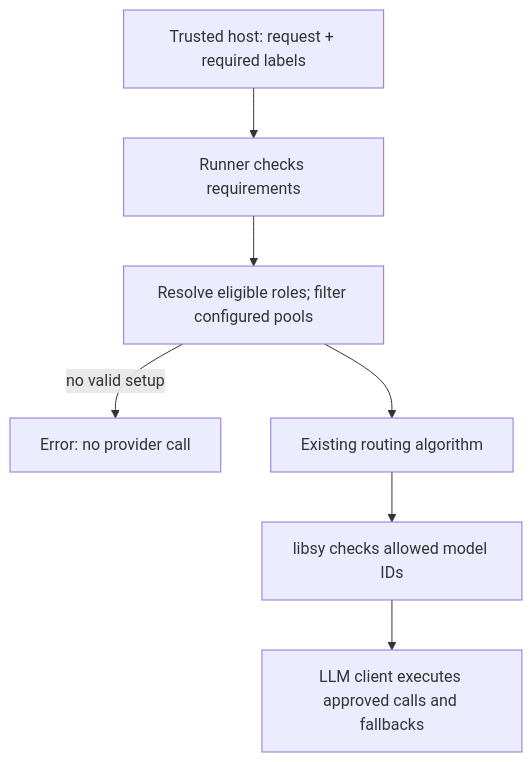
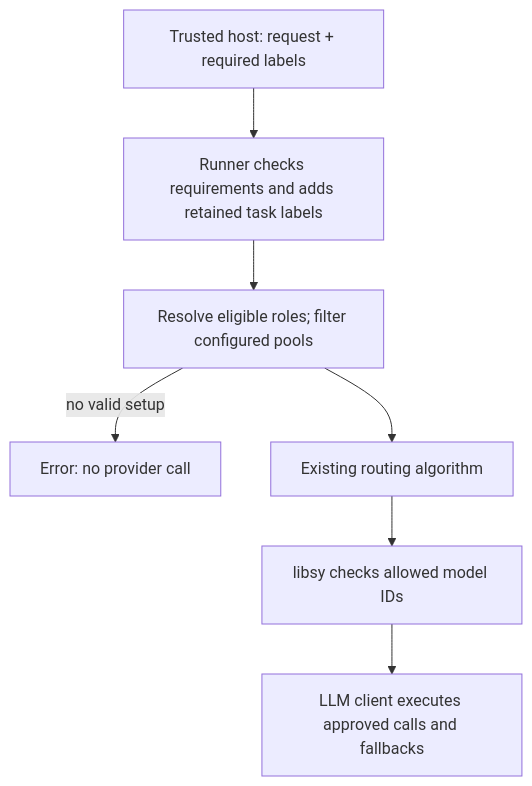
The diagram in docs/internal/target-eligibility.md (NVIDIA-NeMo/Switchyard), drawn with Mermaid before and after one commit. The commit also changed other lines of this file and 4 other files, not shown here.

Commit message:
feat(runner): retain target requirements by task

````diff
--- a/docs/internal/target-eligibility.md
+++ b/docs/internal/target-eligibility.md
@@ -95,9 +113,9 @@
 ```mermaid
 flowchart TD
-    H["Trusted host: request + required labels"] --> A["Runner checks requirements"]
+    H["Trusted host: request + required labels"] --> A["Runner checks requirements and adds retained task labels"]
     A --> P["Resolve eligible roles; filter configured pools"]
     P -->|"no valid setup"| E["Error: no provider call"]
     P --> R["Existing routing algorithm"]
     R --> G["libsy checks allowed model IDs"]
     G --> C["LLM client executes approved calls and fallbacks"]
 ```
````
